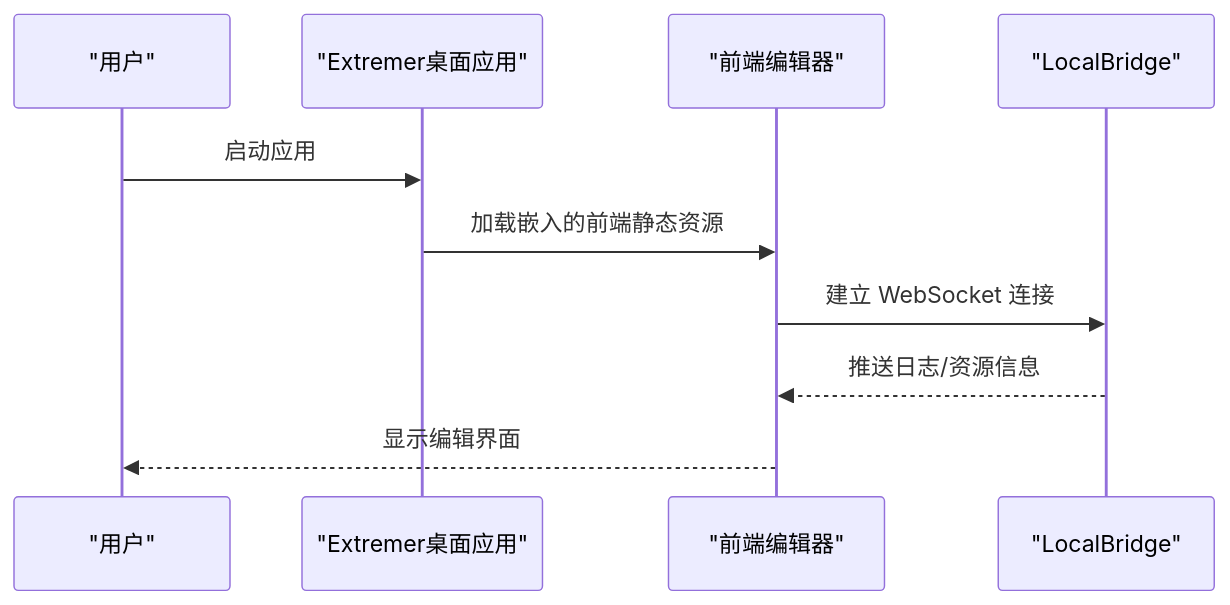
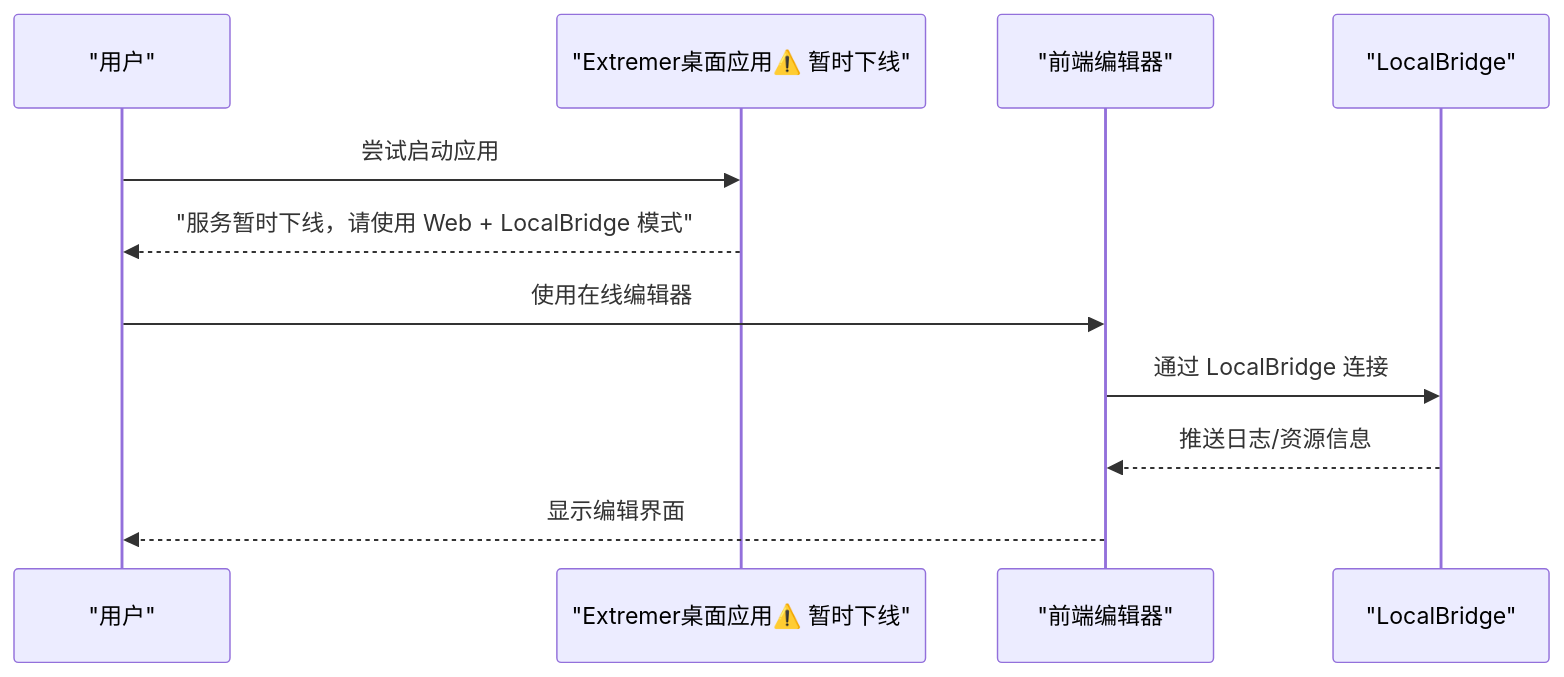
The third of 7 diagrams in .qoder/repowiki/zh/content/快速开始.md (kqcoxn/MaaPipelineEditor), drawn with Mermaid before and after one commit. The commit also changed other lines of this file and 42 other files, not shown here.

````diff
--- a/.qoder/repowiki/zh/content/快速开始.md
+++ b/.qoder/repowiki/zh/content/快速开始.md
@@ -151,12 +168,13 @@
 ```mermaid
 sequenceDiagram
 participant User as "用户"
-participant Ext as "Extremer桌面应用"
+participant Ext as "Extremer桌面应用⚠️ 暂时下线"
 participant FE as "前端编辑器"
 participant LB as "LocalBridge"
-User->>Ext : 启动应用
-Ext->>FE : 加载嵌入的前端静态资源
-FE->>LB : 建立 WebSocket 连接
+User->>Ext : 尝试启动应用
+Ext-->>User : "服务暂时下线，请使用 Web + LocalBridge 模式"
+User->>FE : 使用在线编辑器
+FE->>LB : 通过 LocalBridge 连接
 LB-->>FE : 推送日志/资源信息
 FE-->>User : 显示编辑界面
 ```
````
